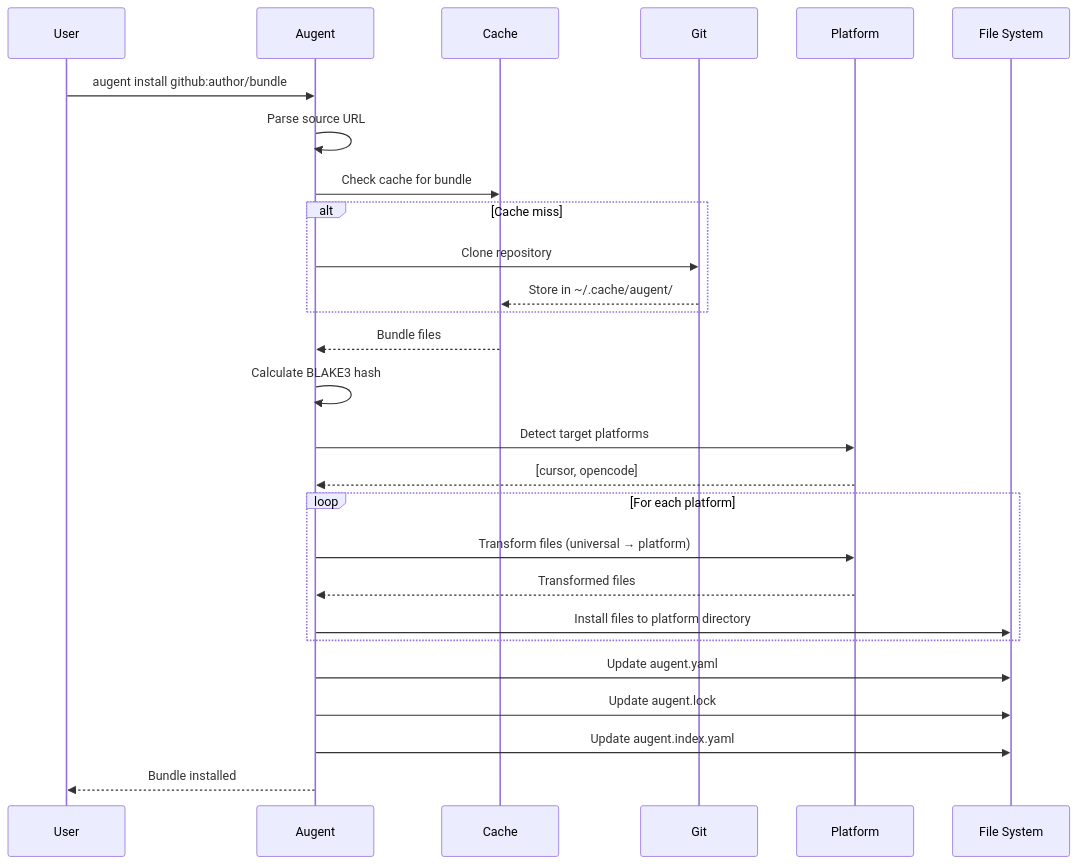
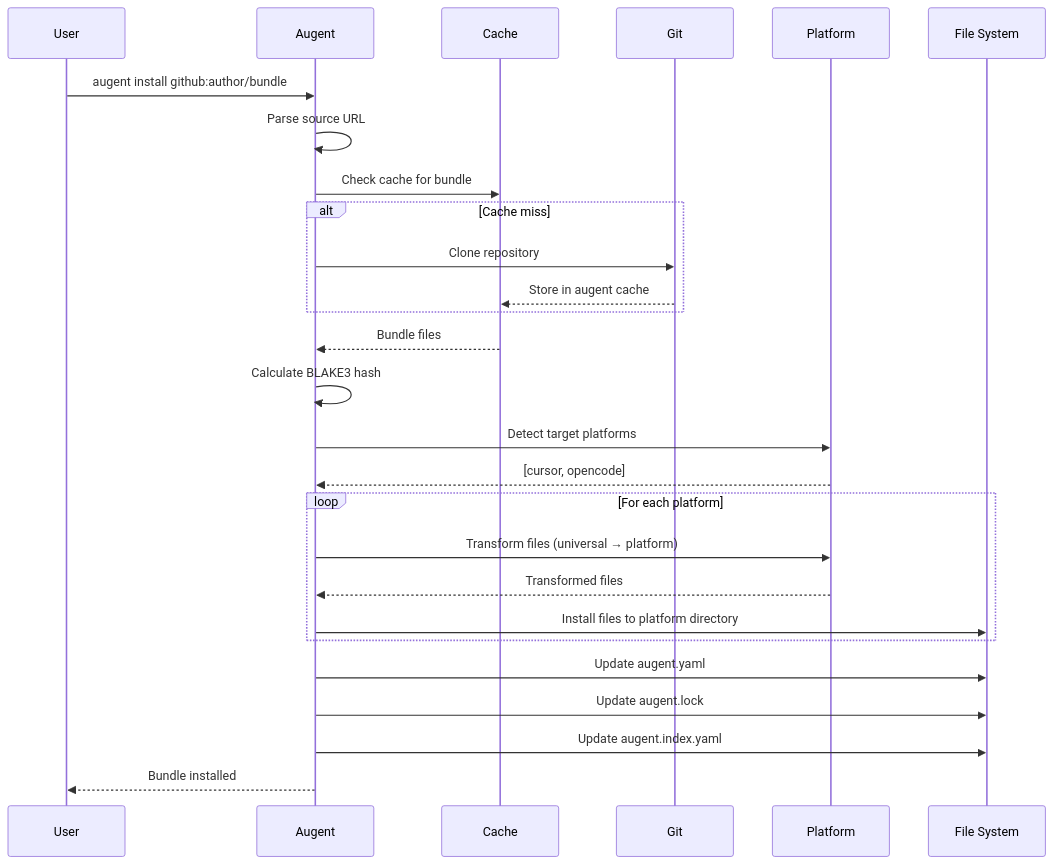
One commit to asyrjasalo/augent changed the second of 6 diagrams in docs/implementation/architecture.md. Above: the diagram before and after it, drawn with Mermaid. The commit also changed other lines of this file and 12 other files, not shown here.

First line of the commit message:
fix(cache): use augent cache layout and names

````diff
--- a/docs/implementation/architecture.md
+++ b/docs/implementation/architecture.md
@@ -130,30 +130,30 @@
 ```mermaid
 sequenceDiagram
     participant User
     participant Augent
     participant Cache
     participant Git
     participant Platform
     participant FS as File System
 
     User->>Augent: augent install github:author/bundle
     Augent->>Augent: Parse source URL
     Augent->>Cache: Check cache for bundle
     alt Cache miss
         Augent->>Git: Clone repository
-        Git-->>Cache: Store in ~/.cache/augent/
+        Git-->>Cache: Store in augent cache
     end
     Cache-->>Augent: Bundle files
     Augent->>Augent: Calculate BLAKE3 hash
     Augent->>Platform: Detect target platforms
     Platform-->>Augent: [cursor, opencode]
     loop For each platform
         Augent->>Platform: Transform files (universal → platform)
         Platform-->>Augent: Transformed files
         Augent->>FS: Install files to platform directory
     end
     Augent->>FS: Update augent.yaml
     Augent->>FS: Update augent.lock
     Augent->>FS: Update augent.index.yaml
     Augent-->>User: Bundle installed
 ```
````
